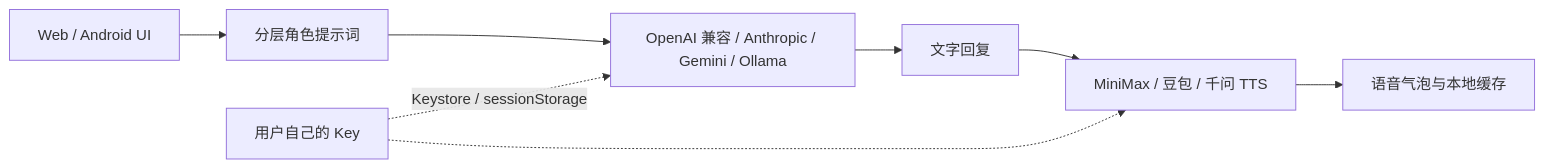
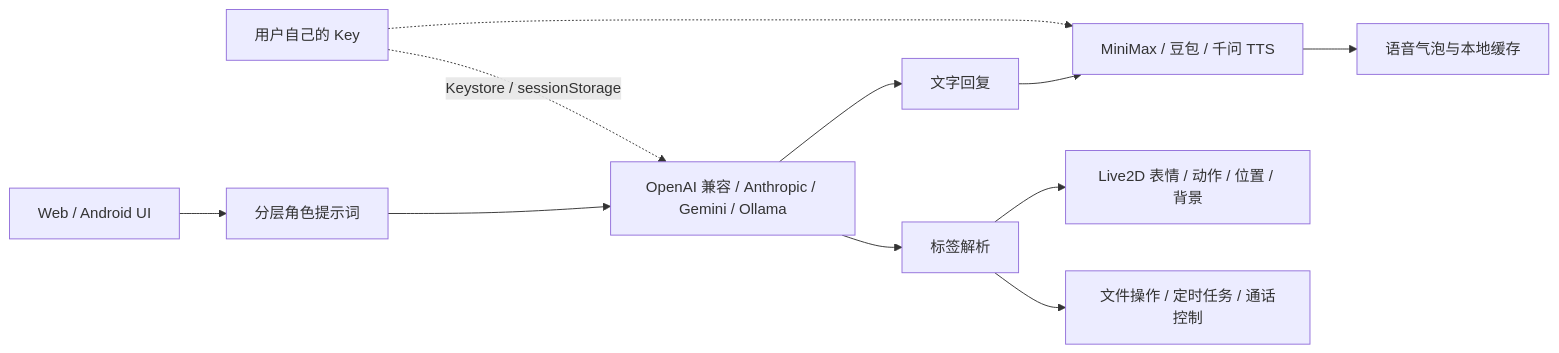
The diagram in README.md (XYZ921746/ElainaChat-Open), drawn with Mermaid before and after one commit. The commit also changed other lines of this file, not shown here.

Commit message:
docs(readme): 补充改版新增功能说明（Live2D 视频通话/标签协议/定时任务/Agent 权限分级/视觉转述/局域网密码等），并标注本仓库不含 android-app 与 Live2D 模型

````diff
--- a/README.md
+++ b/README.md
@@ -61,10 +229,13 @@
 ```mermaid
 flowchart LR
     UI[Web / Android UI] --> Prompt[分层角色提示词]
     Prompt --> Chat[OpenAI 兼容 / Anthropic / Gemini / Ollama]
     Chat --> Reply[文字回复]
     Reply --> TTS[MiniMax / 豆包 / 千问 TTS]
     TTS --> Audio[语音气泡与本地缓存]
     Secrets[用户自己的 Key] -. Keystore / sessionStorage .-> Chat
     Secrets -.-> TTS
+    Chat --> Tags[标签解析]
+    Tags --> L2D[Live2D 表情 / 动作 / 位置 / 背景]
+    Tags --> Agent[文件操作 / 定时任务 / 通话控制]
 ```
````
